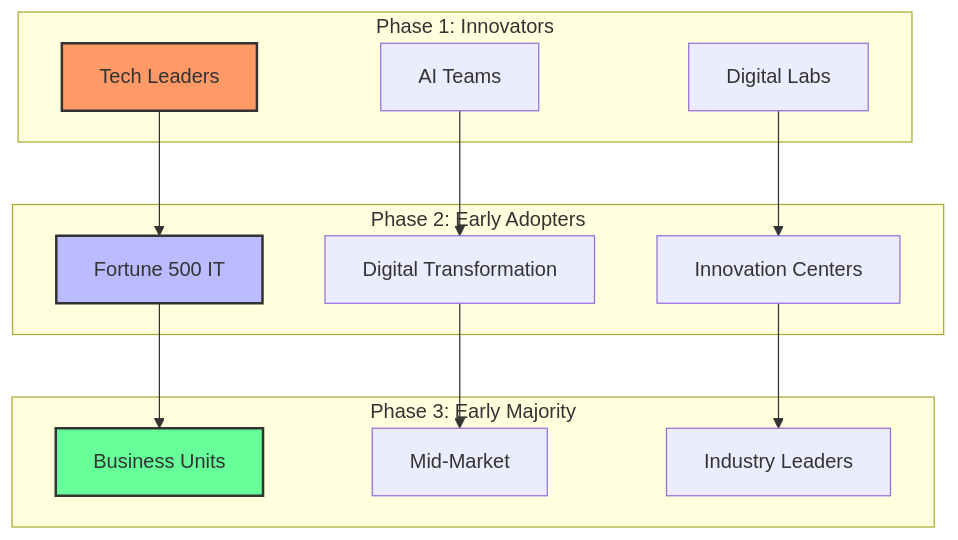
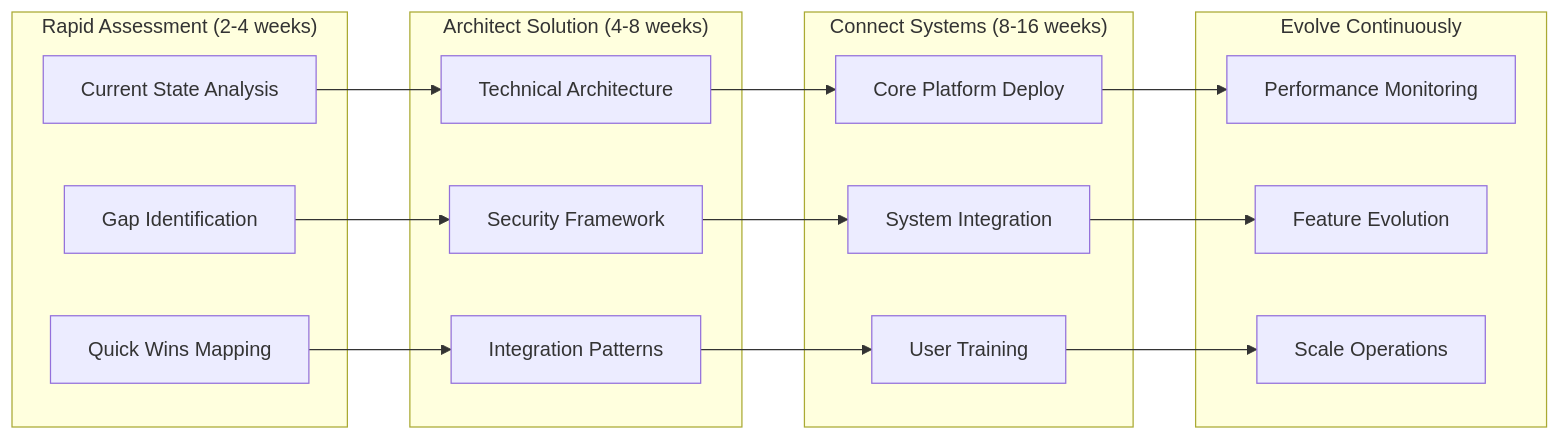
One commit to felipepimentel/my-public-notes changed the sixth of 10 diagrams in docs/AI/Comunicação/MCP/16-mcp-analise preditiva.md. Above: the diagram before and after it, drawn with Mermaid. The commit also changed other lines of this file and 2 other files, not shown here.

````diff
--- a/docs/AI/Comunicação/MCP/16-mcp-analise preditiva.md
+++ b/docs/AI/Comunicação/MCP/16-mcp-analise preditiva.md
@@ -458,32 +231,30 @@
 ```mermaid
-graph TD
-    subgraph "Phase 1: Innovators"
-        I1[Tech Leaders]
-        I2[AI Teams]
-        I3[Digital Labs]
+graph LR
+    subgraph "Rapid Assessment (2-4 weeks)"
+        R1[Current State Analysis]
+        R2[Gap Identification]
+        R3[Quick Wins Mapping]
     end
     
-    subgraph "Phase 2: Early Adopters"
-        E1[Fortune 500 IT]
-        E2[Digital Transformation]
-        E3[Innovation Centers]
+    subgraph "Architect Solution (4-8 weeks)"
+        A1[Technical Architecture]
+        A2[Security Framework]
+        A3[Integration Patterns]
     end
     
-    subgraph "Phase 3: Early Majority"
-        M1[Business Units]
-        M2[Mid-Market]
-        M3[Industry Leaders]
+    subgraph "Connect Systems (8-16 weeks)"
+        C1[Core Platform Deploy]
+        C2[System Integration]
+        C3[User Training]
     end
     
-    I1 --> E1
-    I2 --> E2
-    I3 --> E3
+    subgraph "Evolve Continuously"
+        E1[Performance Monitoring]
+        E2[Feature Evolution]
+        E3[Scale Operations]
+    end
     
-    E1 --> M1
-    E2 --> M2
-    E3 --> M3
-    
-    style I1 fill:#f96,stroke:#333,stroke-width:2px
-    style E1 fill:#bbf,stroke:#333,stroke-width:2px
-    style M1 fill:#6f9,stroke:#333,stroke-width:2px
+    R1 --> A1 --> C1 --> E1
+    R2 --> A2 --> C2 --> E2
+    R3 --> A3 --> C3 --> E3
 ```
````
